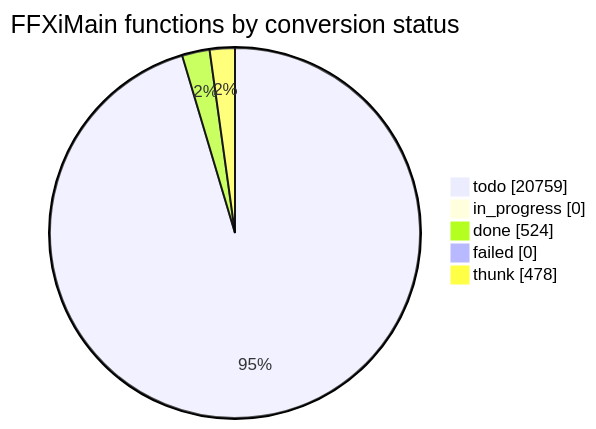
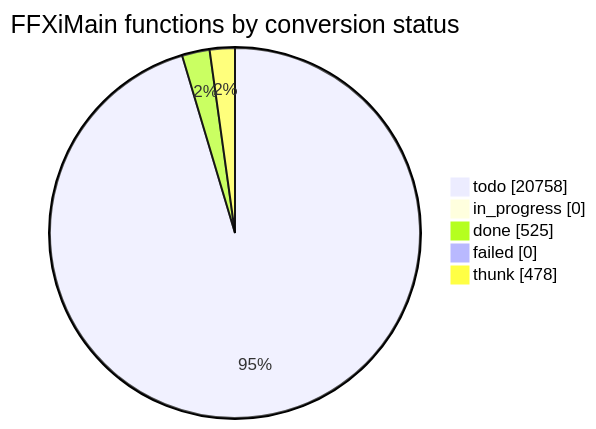
One commit to cowrevenge/cow_kuluu_xi_anything changed the diagram in docs/cow/STATUS.md. Above: the diagram before and after it, drawn with Mermaid. The commit also changed other lines of this file and 9 other files, not shown here.

````diff
--- a/docs/cow/STATUS.md
+++ b/docs/cow/STATUS.md
@@ -18,9 +18,9 @@
 ```mermaid
 pie showData
     title FFXiMain functions by conversion status
-    "todo" : 20759
+    "todo" : 20758
     "in_progress" : 0
-    "done" : 524
+    "done" : 525
     "failed" : 0
     "thunk" : 478
 ```
````
